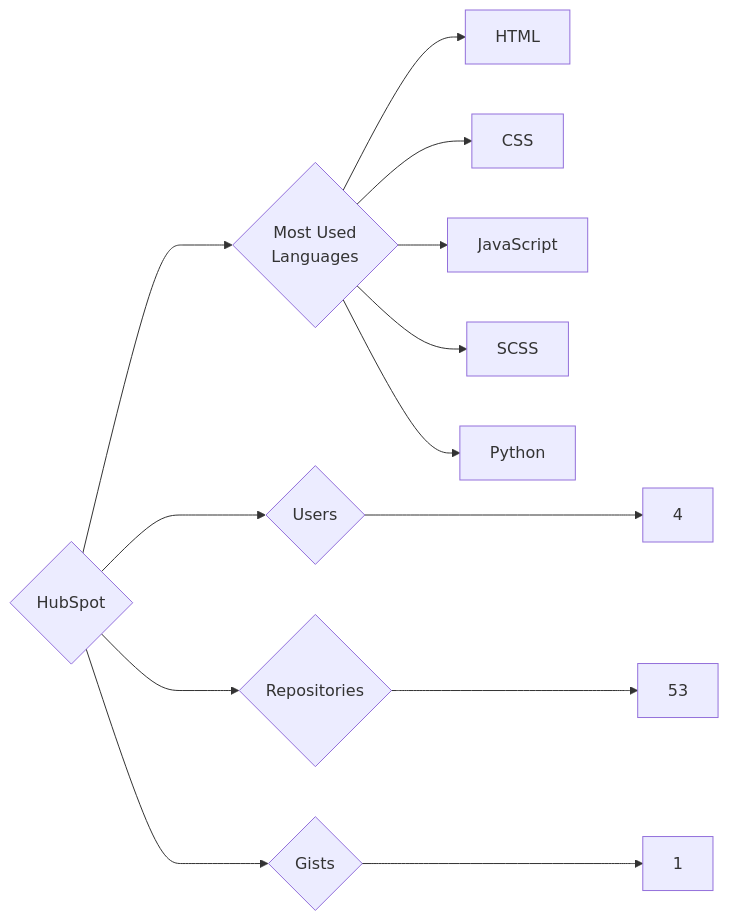
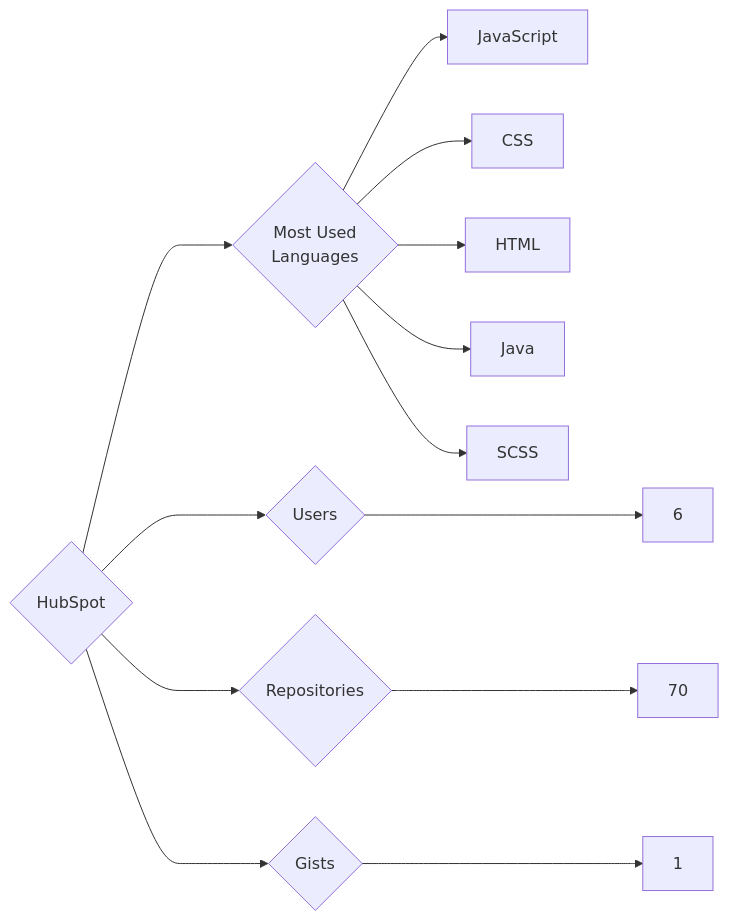
The diagram in targets/HubSpot/README.md (trickest/insiders), drawn with Mermaid before and after one commit. The commit also changed 618 other files, not shown here.

````diff
--- a/targets/HubSpot/README.md
+++ b/targets/HubSpot/README.md
@@ -3,13 +3,13 @@
 ```mermaid
 graph LR
 COMPANY_NAME{HubSpot}
-COMPANY_NAME ---> U{Users} ---> UN[4]
-COMPANY_NAME ---> R{Repositories} ---> RN[53]
+COMPANY_NAME ---> U{Users} ---> UN[6]
+COMPANY_NAME ---> R{Repositories} ---> RN[70]
 COMPANY_NAME ---> G{Gists} ---> GN[1]
 COMPANY_NAME ---> ML{Most Used<br>Languages}
+ML --> JavaScript[JavaScript]
+ML --> CSS[CSS]
 ML --> HTML[HTML]
-ML --> CSS[CSS]
-ML --> JavaScript[JavaScript]
+ML --> Java[Java]
 ML --> SCSS[SCSS]
-ML --> Python[Python]
 ```
````
